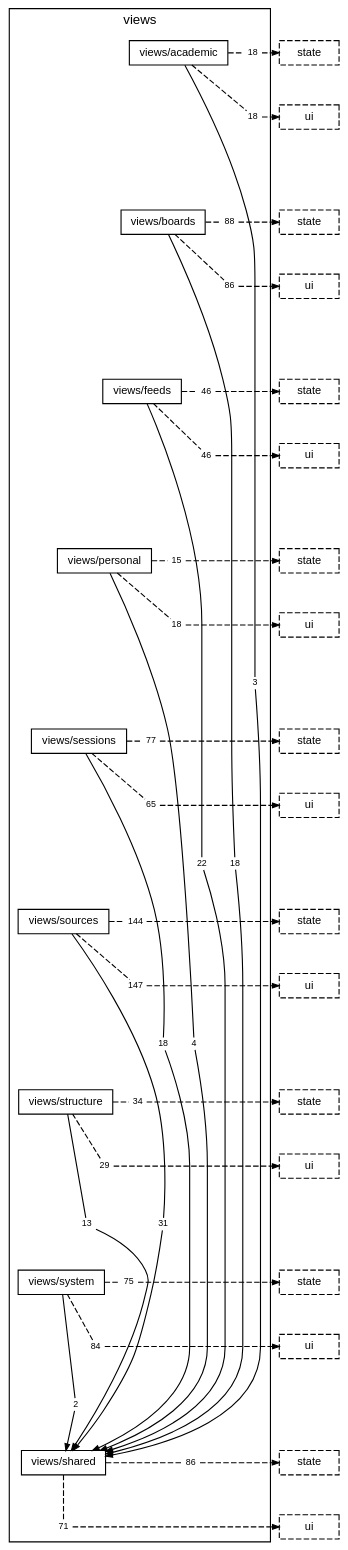
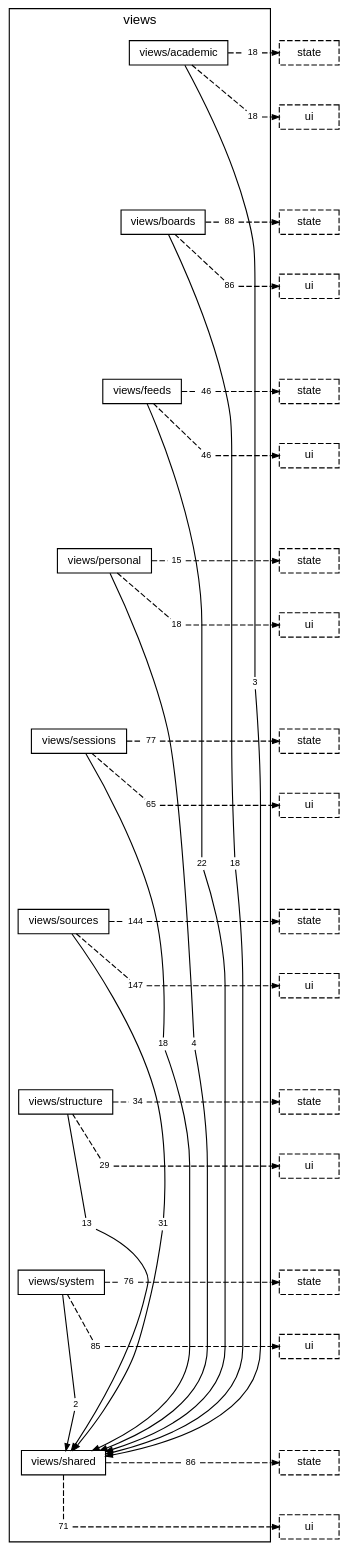
One commit to TheAxeC/oculus changed the diagram in docs/diagrams/layer-views.dot. Above: the diagram before and after it, drawn with Graphviz. The commit also changed 19 other files, not shown here.

```diff
--- a/docs/diagrams/layer-views.dot
+++ b/docs/diagrams/layer-views.dot
@@ -35,8 +35,8 @@
         "folder views/structure to layer state" [label="34", shape=box, color="transparent", fontsize=8, width=0, height=0, margin="0.04,0.02"];
         "folder views/structure to layer ui" [label="29", shape=box, color="transparent", fontsize=8, width=0, height=0, margin="0.04,0.02"];
         "folder views/system to folder views/shared" [label="2", shape=box, color="transparent", fontsize=8, width=0, height=0, margin="0.04,0.02"];
-        "folder views/system to layer state" [label="75", shape=box, color="transparent", fontsize=8, width=0, height=0, margin="0.04,0.02"];
-        "folder views/system to layer ui" [label="84", shape=box, color="transparent", fontsize=8, width=0, height=0, margin="0.04,0.02"];
+        "folder views/system to layer state" [label="76", shape=box, color="transparent", fontsize=8, width=0, height=0, margin="0.04,0.02"];
+        "folder views/system to layer ui" [label="85", shape=box, color="transparent", fontsize=8, width=0, height=0, margin="0.04,0.02"];
         "folder views/shared to layer state" [label="86", shape=box, color="transparent", fontsize=8, width=0, height=0, margin="0.04,0.02"];
         "folder views/shared to layer ui" [label="71", shape=box, color="transparent", fontsize=8, width=0, height=0, margin="0.04,0.02"];
     }
```
